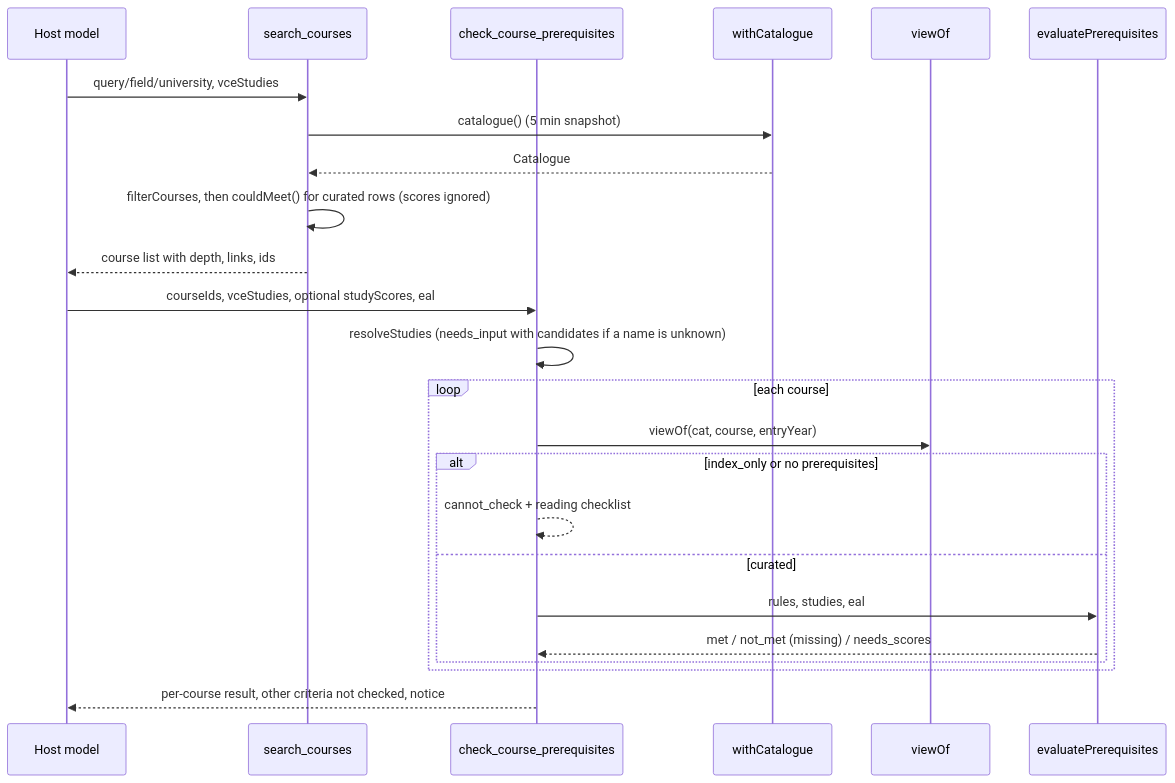
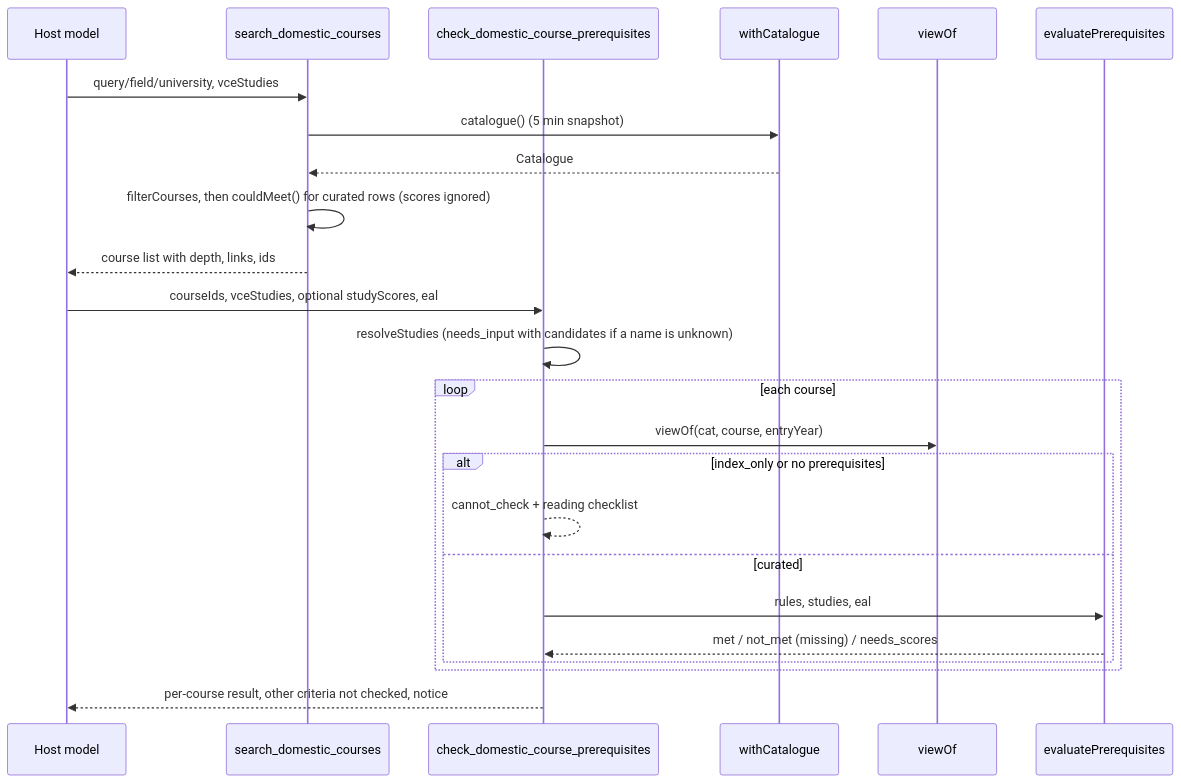
Before and after one commit to feimacode/askrighto: the fourth of 4 diagrams in docs/areas/vic-courses.md, drawn with Mermaid. The commit also changed other lines of this file and 32 other files, not shown here.

First line of the commit message:
Rename the course verticals: courses-domestic and cricos, with clearer tool names

````diff
--- a/docs/areas/vic-courses.md
+++ b/docs/areas/vic-courses.md
@@ -221,26 +221,26 @@
 ```mermaid
 sequenceDiagram
   participant H as Host model
-  participant S as search_courses
-  participant C as check_course_prerequisites
+  participant S as search_domestic_courses
+  participant C as check_domestic_course_prerequisites
   participant Cat as withCatalogue
   participant V as viewOf
   participant P as evaluatePrerequisites
   H->>S: query/field/university, vceStudies
   S->>Cat: catalogue() (5 min snapshot)
   Cat-->>S: Catalogue
   S->>S: filterCourses, then couldMeet() for curated rows (scores ignored)
   S-->>H: course list with depth, links, ids
   H->>C: courseIds, vceStudies, optional studyScores, eal
   C->>C: resolveStudies (needs_input with candidates if a name is unknown)
   loop each course
     C->>V: viewOf(cat, course, entryYear)
     alt index_only or no prerequisites
       C-->>C: cannot_check + reading checklist
     else curated
       C->>P: rules, studies, eal
       P-->>C: met / not_met (missing) / needs_scores
     end
   end
   C-->>H: per-course result, other criteria not checked, notice
 ```
````
